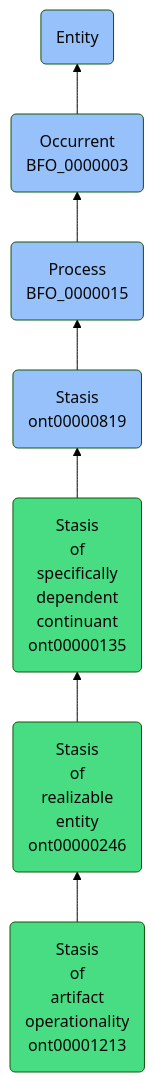
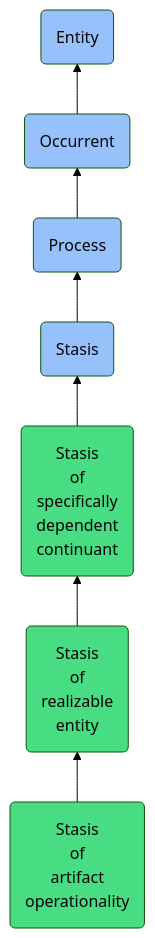
Before and after one commit to jupyter-naas/abi: the diagram in docs/ontology/reference/model/Entity/Occurrent/Process/Stasis/Stasis of specifically dependent continuant/Stasis of realizable entity/Stasis of artifact operationality/Stasis of artifact operationality.md, drawn with Mermaid (forest theme). The commit also changed other lines of this file and 1430 other files, not shown here.

````diff
--- a/docs/ontology/reference/model/Entity/Occurrent/Process/Stasis/Stasis of specifically dependent continuant/Stasis of realizable entity/Stasis of artifact operationality/Stasis of artifact operationality.md
+++ b/docs/ontology/reference/model/Entity/Occurrent/Process/Stasis/Stasis of specifically dependent continuant/Stasis of realizable entity/Stasis of artifact operationality/Stasis of artifact operationality.md
@@ -24,14 +24,14 @@
 ```mermaid
 graph BT
-    ont00001213(Stasis<br>of<br>artifact<br>operationality<br>ont00001213):::ABI-->ont00000246
-    ont00000246(Stasis<br>of<br>realizable<br>entity<br>ont00000246):::ABI-->ont00000135
-    ont00000135(Stasis<br>of<br>specifically<br>dependent<br>continuant<br>ont00000135):::ABI-->ont00000819
-    ont00000819(Stasis<br>ont00000819):::BFO-->BFO_0000015
-    BFO_0000015(Process<br>BFO_0000015):::BFO-->BFO_0000003
-    BFO_0000003(Occurrent<br>BFO_0000003):::BFO-->BFO_0000001
+    ont00001213(Stasis<br>of<br>artifact<br>operationality):::ABI-->ont00000246
+    ont00000246(Stasis<br>of<br>realizable<br>entity):::ABI-->ont00000135
+    ont00000135(Stasis<br>of<br>specifically<br>dependent<br>continuant):::ABI-->ont00000819
+    ont00000819(Stasis):::BFO-->BFO_0000015
+    BFO_0000015(Process):::BFO-->BFO_0000003
+    BFO_0000003(Occurrent):::BFO-->BFO_0000001
     BFO_0000001(Entity):::BFO
     
     classDef BFO fill:#97c1fb,color:#060606
     classDef CCO fill:#e4c51e,color:#060606
     classDef ABI fill:#48DD82,color:#060606
 ```
````
